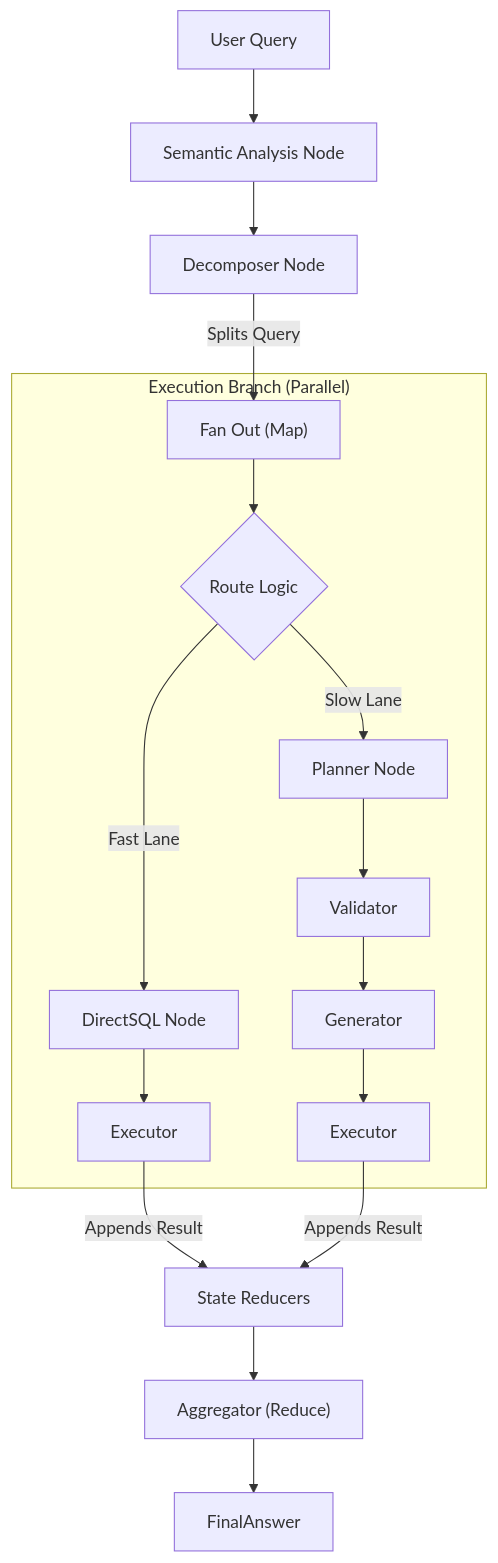
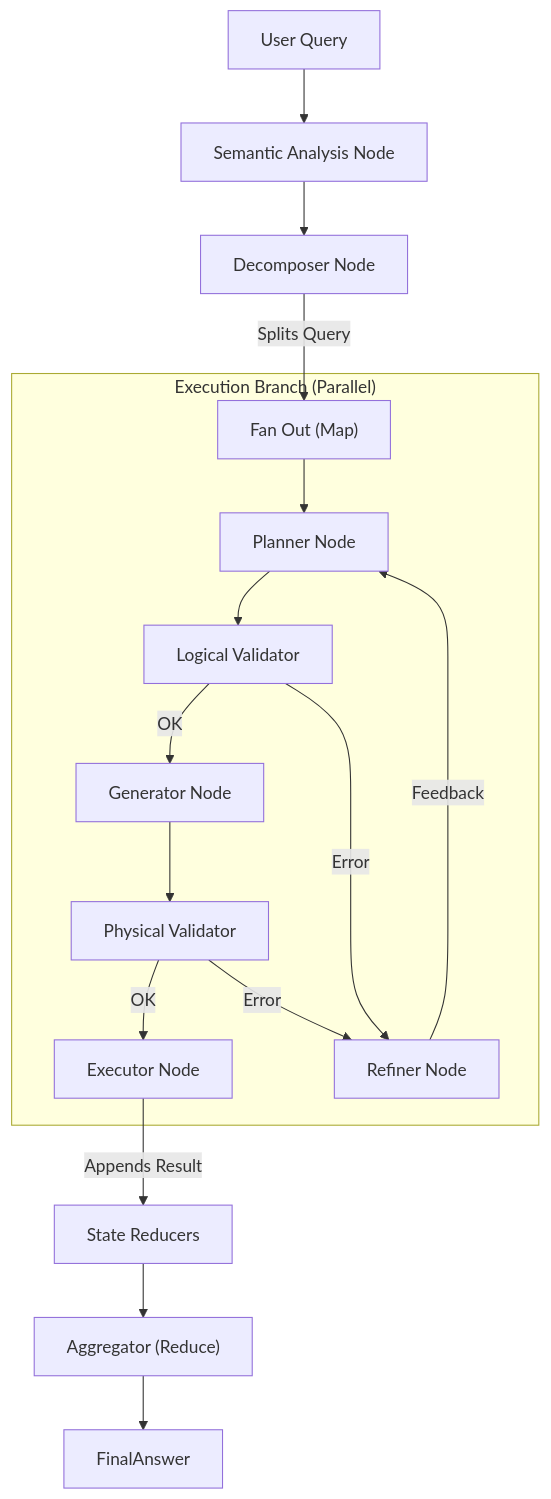
One commit to nadeem4/nl2sql changed the diagram in docs/architecture.md. Above: the diagram before and after it, drawn with Mermaid. The commit also changed other lines of this file and 26 other files, not shown here.

Commit message:
feat: introduce aggregator and validator pipeline nodes, subgraphs, and comprehensive unit tests for enhanced SQL generation and execution.

````diff
--- a/docs/architecture.md
+++ b/docs/architecture.md
@@ -9,22 +9,24 @@
 ```mermaid
 graph TD
     UserQuery["User Query"] --> Semantic["Semantic Analysis Node"]
     Semantic --> Decomposer["Decomposer Node"]
     Decomposer -- "Splits Query" --> MapBranching["Fan Out (Map)"]
 
     subgraph ExecutionBranch ["Execution Branch (Parallel)"]
-        MapBranching --> RouteLogic{"Route Logic"}
-        RouteLogic -- "Fast Lane" --> DirectSQL["DirectSQL Node"]
-        DirectSQL --> FastExecutor["Executor"]
+        MapBranching --> Planner["Planner Node"]
         
-        RouteLogic -- "Slow Lane" --> Planner["Planner Node"]
-        Planner --> Validator
-        Validator --> Generator
-        Generator --> Executor
+        Planner --> LogicalValidator["Logical Validator"]
+        LogicalValidator -- "OK" --> Generator["Generator Node"]
+        LogicalValidator -- "Error" --> Refiner["Refiner Node"]
+        
+        Generator --> PhysicalValidator["Physical Validator"]
+        PhysicalValidator -- "OK" --> Executor["Executor Node"]
+        PhysicalValidator -- "Error" --> Refiner
+
+        Refiner -- "Feedback" --> Planner
     end
 
-    FastExecutor -- "Appends Result" --> StateAggregation["State Reducers"]
-    Executor -- "Appends Result" --> StateAggregation
+    Executor -- "Appends Result" --> StateAggregation["State Reducers"]
     StateAggregation --> Aggregator["Aggregator (Reduce)"]
     Aggregator --> FinalAnswer
 ```
````
